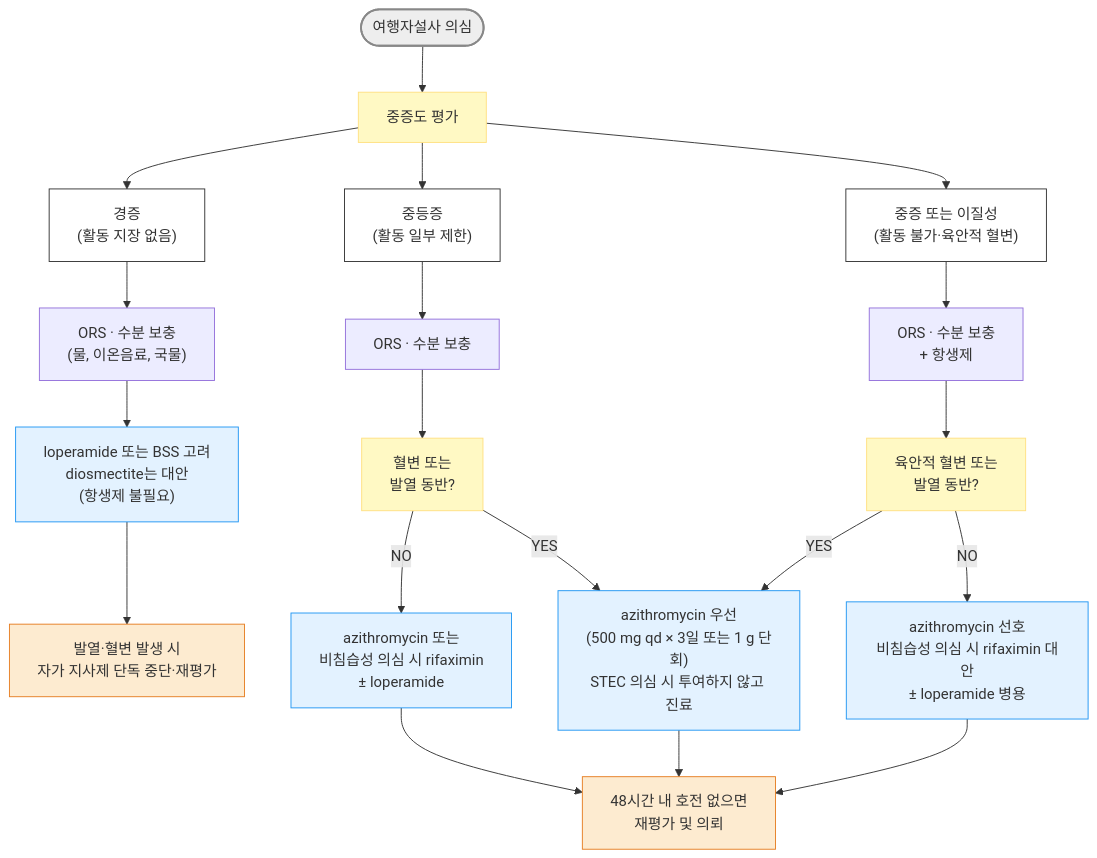
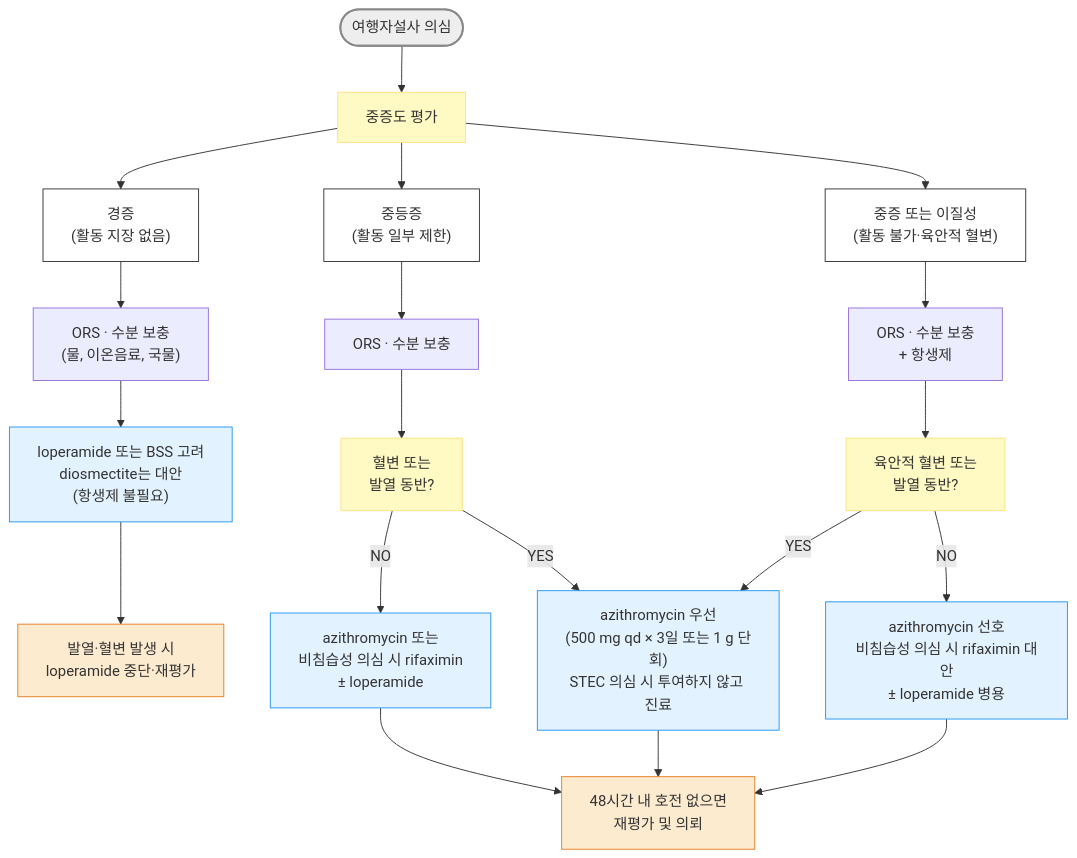
Before and after one commit to familyoh77/familyoh77: the diagram in 224_/086_-travelers-diarrhea.md, drawn with Mermaid. The commit also changed other lines of this file and 13 other files, not shown here.

````diff
--- a/224_/086_-travelers-diarrhea.md
+++ b/224_/086_-travelers-diarrhea.md
@@ -117,28 +119,28 @@
 ```mermaid
 graph TD
     A([여행자설사 의심]) --> B[중증도 평가]
     B --> C0["경증<br>(활동 지장 없음)"]--> C["ORS · 수분 보충<br>(물, 이온음료, 국물)"]
     B --> D0["중등증<br>(활동 일부 제한)"]--> D["ORS · 수분 보충"]
     B --> E0["중증 또는 이질성<br>(활동 불가·육안적 혈변)"]--> E["ORS · 수분 보충<br>+ 항생제"]
     C --> C1["loperamide 또는 BSS 고려<br>diosmectite는 대안<br>(항생제 불필요)"]
-    C1 --> G["발열·혈변 발생 시<br>자가 지사제 단독 중단·재평가"]
+    C1 --> G["발열·혈변 발생 시<br>loperamide 중단·재평가"]
     D --> D1["혈변 또는<br>발열 동반?"]
     D1 -->|NO| D2["azithromycin 또는<br>비침습성 의심 시 rifaximin<br>± loperamide"]
     D1 -->|YES| D3["azithromycin 우선<br>(500 mg qd × 3일 또는 1 g 단회)<br>STEC 의심 시 투여하지 않고 진료"]
     E --> E1["육안적 혈변 또는<br>발열 동반?"]
     E1 -->|YES| D3
     E1 -->|NO| E3["azithromycin 선호<br>비침습성 의심 시 rifaximin 대안<br>± loperamide 병용"]
     D2 --> F["48시간 내 호전 없으면<br>재평가 및 의뢰"]
     D3 --> F
     E3 --> F
 
 style A fill:#eeeeee,stroke:#888888,stroke-width:2px
 classDef white fill:#fff,stroke:#333
 class C0,D0,E0 white
 classDef yellow fill:#fff9c4,stroke:#ffe082
 class B,D1,E1 yellow
 classDef sky fill:#e3f2ff,stroke:#2196f3
 class C1,D2,D3,E3 sky
 classDef orange fill:#fdebd0,stroke:#e67e22
 class G,F orange
 ```
````
